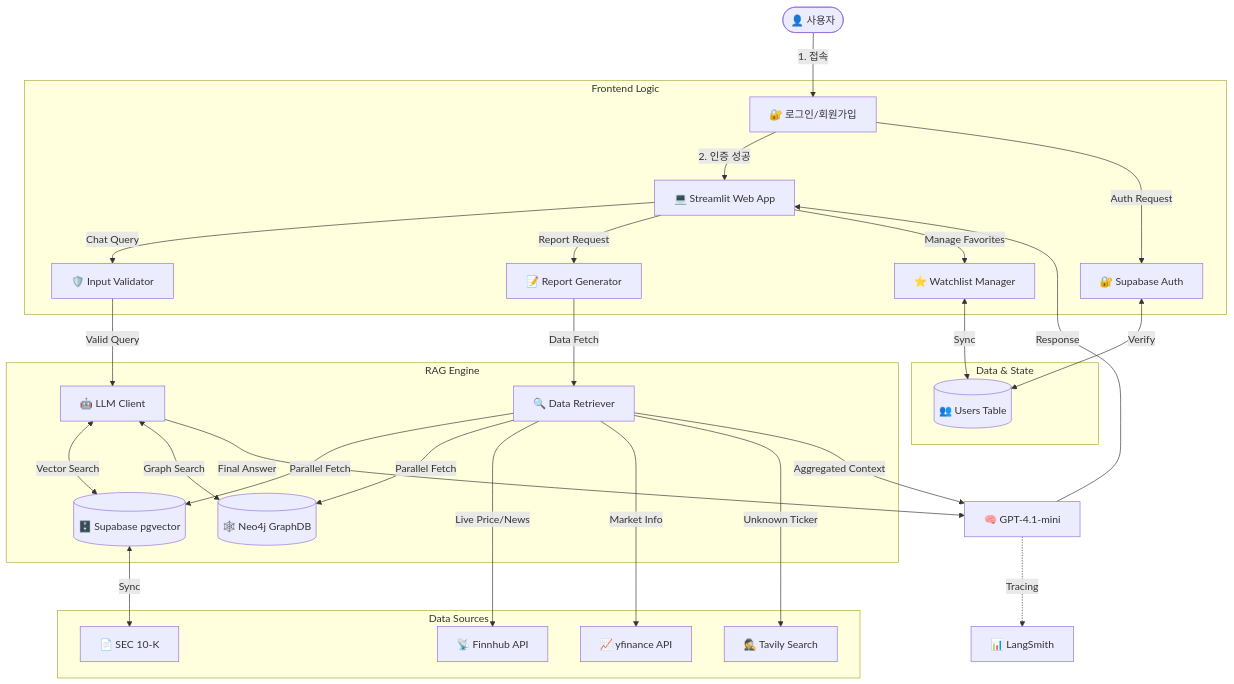
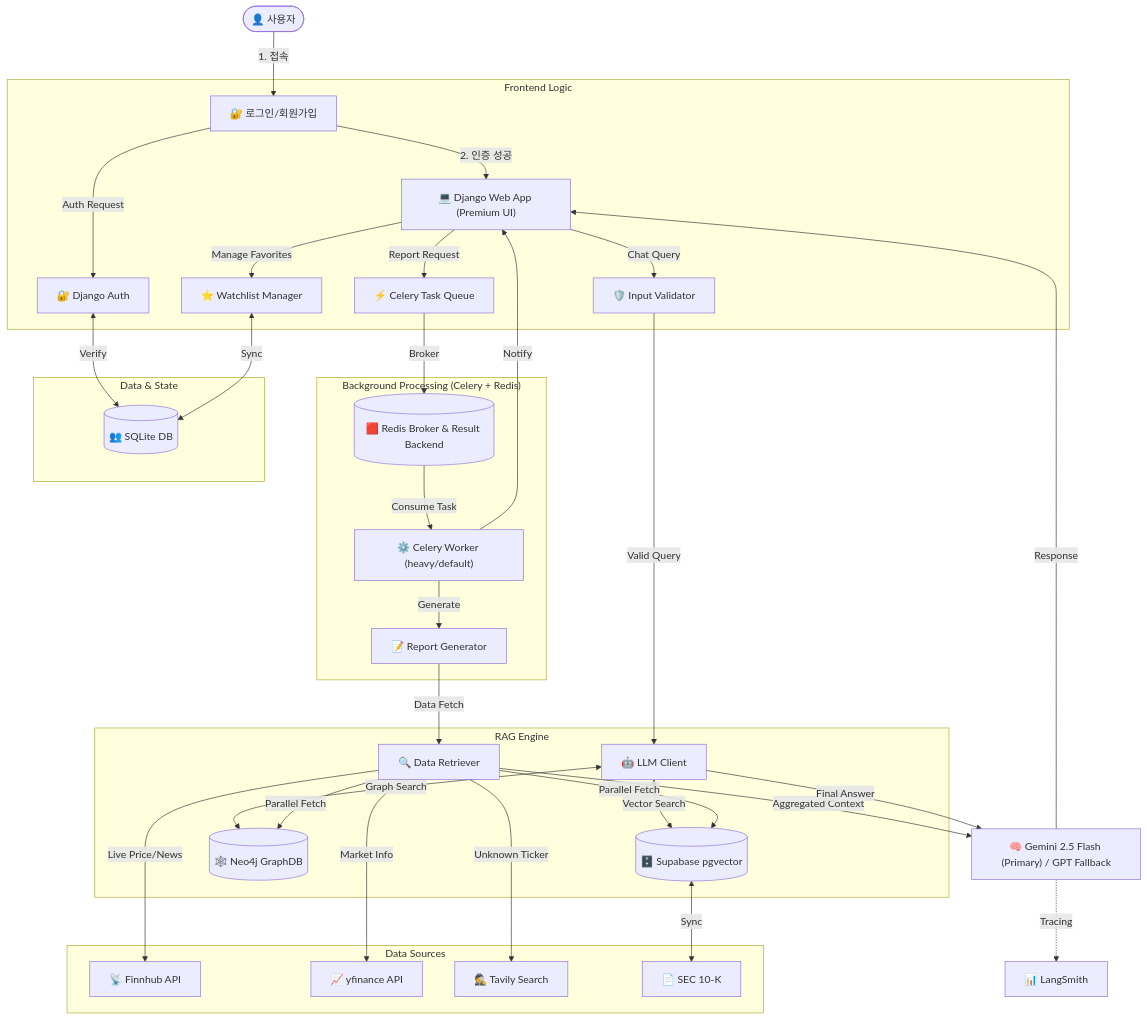
One commit to skn-ai22-251029/SKN22-3rd-4Team changed the first of 2 diagrams in README.md. Above: the diagram before and after it, drawn with Mermaid. The commit also changed other lines of this file, not shown here.

````diff
--- a/README.md
+++ b/README.md
@@ -31,40 +35,47 @@
 ```mermaid
 graph TD
-    User([👤 사용자]) -->|1. 접속| Login[🔐 로그인/회원가입]
-    Login -->|2. 인증 성공| UI[💻 Streamlit Web App]
+    User(["👤 사용자"]) -->|1. 접속| Login["🔐 로그인/회원가입"]
+    Login -->|2. 인증 성공| UI["💻 Django Web App (Premium UI)"]
     
     subgraph Frontend Logic
-        Login -->|Auth Request| Auth[🔐 Supabase Auth]
-        UI -->|Chat Query| Validator[🛡️ Input Validator]
-        UI -->|Report Request| ReportGen[📝 Report Generator]
-        UI -->|Manage Favorites| Watchlistmgr[⭐ Watchlist Manager]
+        Login -->|Auth Request| Auth["🔐 Django Auth"]
+        UI -->|Chat Query| Validator["🛡️ Input Validator"]
+        UI -->|Report Request| ReportTask["⚡ Celery Task Queue"]
+        UI -->|Manage Favorites| Watchlistmgr["⭐ Watchlist Manager"]
+    end
+
+    subgraph "Background Processing (Celery + Redis)"
+        ReportTask -->|Broker| Redis[("🟥 Redis Broker & Result Backend")]
+        Redis -->|Consume Task| CeleryWorker["⚙️ Celery Worker (heavy/default)"]
+        CeleryWorker -->|Generate| ReportGen["📝 Report Generator"]
+        CeleryWorker -->|Notify| UI
     end
 
     subgraph "Data & State"
-        Auth <-->|Verify| UserDB[(👥 Users Table)]
+        Auth <-->|Verify| UserDB[("👥 SQLite DB")]
         Watchlistmgr <-->|Sync| UserDB
     end
 
     subgraph RAG Engine
-        Validator -->|Valid Query| Agent[🤖 LLM Client]
-        ReportGen -->|Data Fetch| Retriever[🔍 Data Retriever]
+        Validator -->|Valid Query| Agent["🤖 LLM Client"]
+        ReportGen -->|Data Fetch| Retriever["🔍 Data Retriever"]
         
-        Agent <-->|Vector Search| VectorDB[(🗄️ Supabase pgvector)]
-        Agent <-->|Graph Search| GraphDB[(🕸️ Neo4j GraphDB)]
+        Agent <-->|Vector Search| VectorDB[("🗄️ Supabase pgvector")]
+        Agent <-->|Graph Search| GraphDB[("🕸️ Neo4j GraphDB")]
         
         Retriever -->|Parallel Fetch| VectorDB
         Retriever -->|Parallel Fetch| GraphDB
     end
 
     subgraph Data Sources
-        Retriever -->|Live Price/News| Finnhub[📡 Finnhub API]
-        Retriever -->|Market Info| Yahoo[📈 yfinance API]
-        Retriever -->|Unknown Ticker| Tavily[🕵️ Tavily Search]
-        VectorDB <-->|Sync| SEC[📄 SEC 10-K]
+        Retriever -->|Live Price/News| Finnhub["📡 Finnhub API"]
+        Retriever -->|Market Info| Yahoo["📈 yfinance API"]
+        Retriever -->|Unknown Ticker| Tavily["🕵️ Tavily Search"]
+        VectorDB <-->|Sync| SEC["📄 SEC 10-K"]
     end
 
-    Retriever -->|Aggregated Context| LLM[🧠 GPT-4.1-mini]
+    Retriever -->|Aggregated Context| LLM["🧠 Gemini 2.5 Flash (Primary) / GPT Fallback"]
     Agent -->|Final Answer| LLM
     LLM -->|Response| UI
-    LLM -.->|Tracing| LS[📊 LangSmith]
+    LLM -.->|Tracing| LS["📊 LangSmith"]
 ```
````
